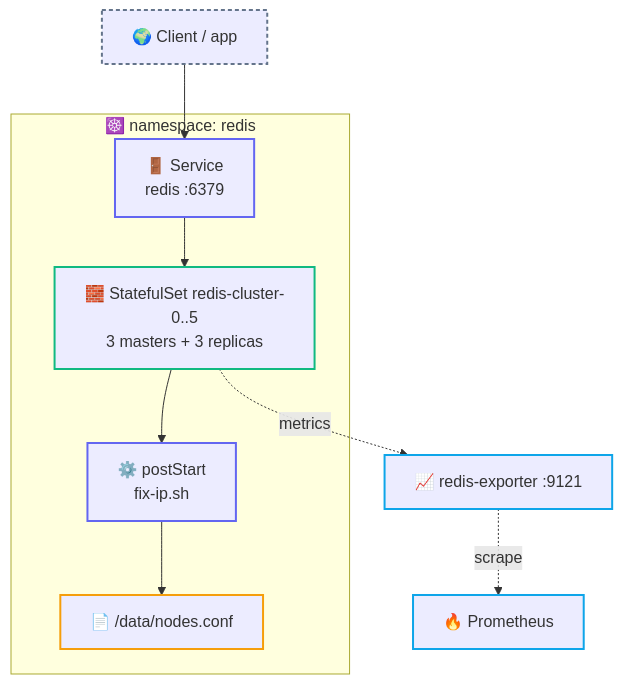
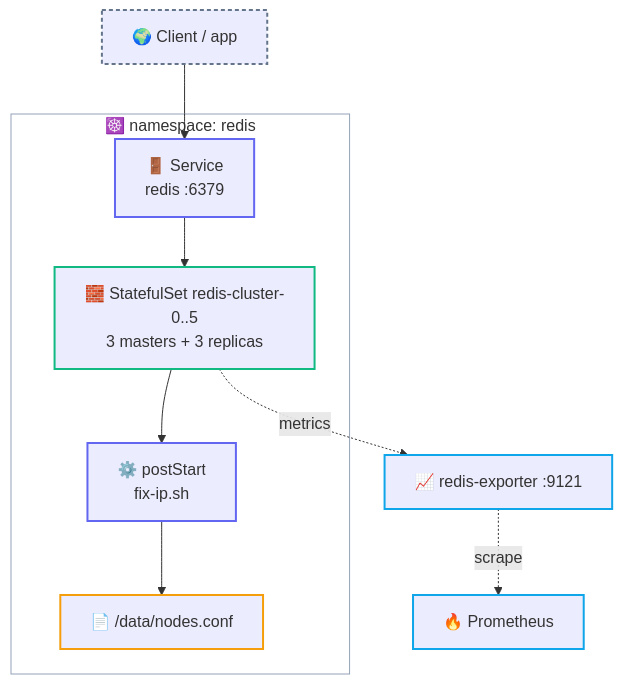
One commit to tobrazo/devops changed the diagram in helm-charts/redis-stack-cluster/README.md. Above: the diagram before and after it, drawn with Mermaid. The commit also changed 1 other file, not shown here.

Commit message:
docs: transparent mermaid subgraph backgrounds (drop default yellow) (#3)
Style every subgraph container fill:transparent with a soft slate border, so
group backgrounds follow the page theme instead of mermaid's default cream fill.

````diff
--- a/helm-charts/redis-stack-cluster/README.md
+++ b/helm-charts/redis-stack-cluster/README.md
@@ -20,20 +20,21 @@
 ```mermaid
 flowchart TB
   Client["🌍 Client / app"] --> SVC["🚪 Service<br/>redis :6379"]
 
   subgraph NS["☸️ namespace: redis"]
     SVC --> STS["🧱 StatefulSet redis-cluster-0..5<br/>3 masters + 3 replicas"]
     STS --> Hook["⚙️ postStart<br/>fix-ip.sh"]
     Hook --> Conf["📄 /data/nodes.conf"]
   end
 
   STS -. metrics .-> Exp["📈 redis-exporter :9121"]
   Exp -. scrape .-> Prom["🔥 Prometheus"]
 
   classDef ctrl stroke:#6366f1,stroke-width:2px;
   classDef deliver stroke:#10b981,stroke-width:2px;
   classDef data stroke:#f59e0b,stroke-width:2px;
   classDef obs stroke:#0ea5e9,stroke-width:2px;
   classDef edge stroke:#64748b,stroke-width:2px,stroke-dasharray:4 3;
   class Client edge; class SVC ctrl; class STS deliver; class Hook ctrl; class Conf data; class Exp,Prom obs;
+  style NS fill:transparent,stroke:#94a3b8,stroke-width:1px
 ```
````
